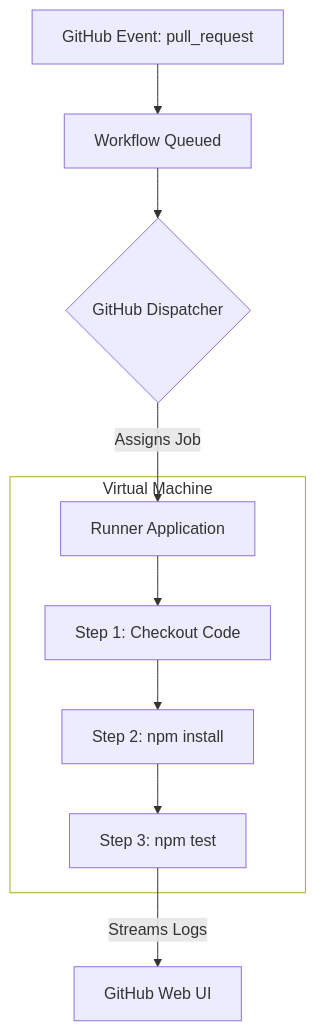
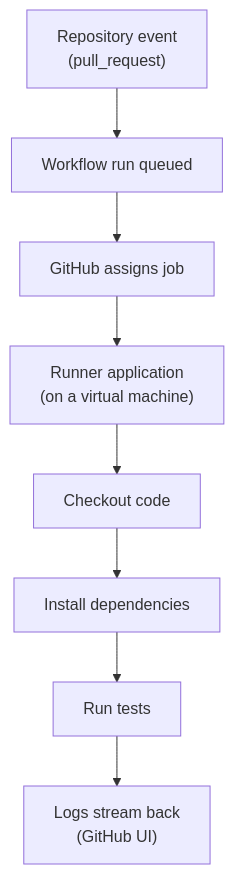
One commit to senlinyy/dev-roadmaps changed the diagram in cicd/github-actions/runners-and-execution.md. Above: the diagram before and after it, drawn with Mermaid. The commit also changed 89 other files, not shown here.

````diff
--- a/cicd/github-actions/runners-and-execution.md
+++ b/cicd/github-actions/runners-and-execution.md
@@ -41,15 +41,10 @@
 ```mermaid
-%%{init: {"themeVariables": {"clusterBkg": "transparent"}}}%%
 graph TD
-    A[GitHub Event: pull_request] --> B[Workflow Queued]
-    B --> C{GitHub Dispatcher}
-    C -->|Assigns Job| D[Runner Application]
-    
-    subgraph VM [Virtual Machine]
-        D --> E[Step 1: Checkout Code]
-        E --> F[Step 2: npm install]
-        F --> G[Step 3: npm test]
-    end
-    
-    G -->|Streams Logs| H[GitHub Web UI]
+    A["Repository event<br/>(pull_request)"] --> B["Workflow run queued"]
+    B --> C["GitHub assigns job"]
+    C --> D["Runner application<br/>(on a virtual machine)"]
+    D --> E["Checkout code"]
+    E --> F["Install dependencies"]
+    F --> G["Run tests"]
+    G --> H["Logs stream back<br/>(GitHub UI)"]
 ```
````
